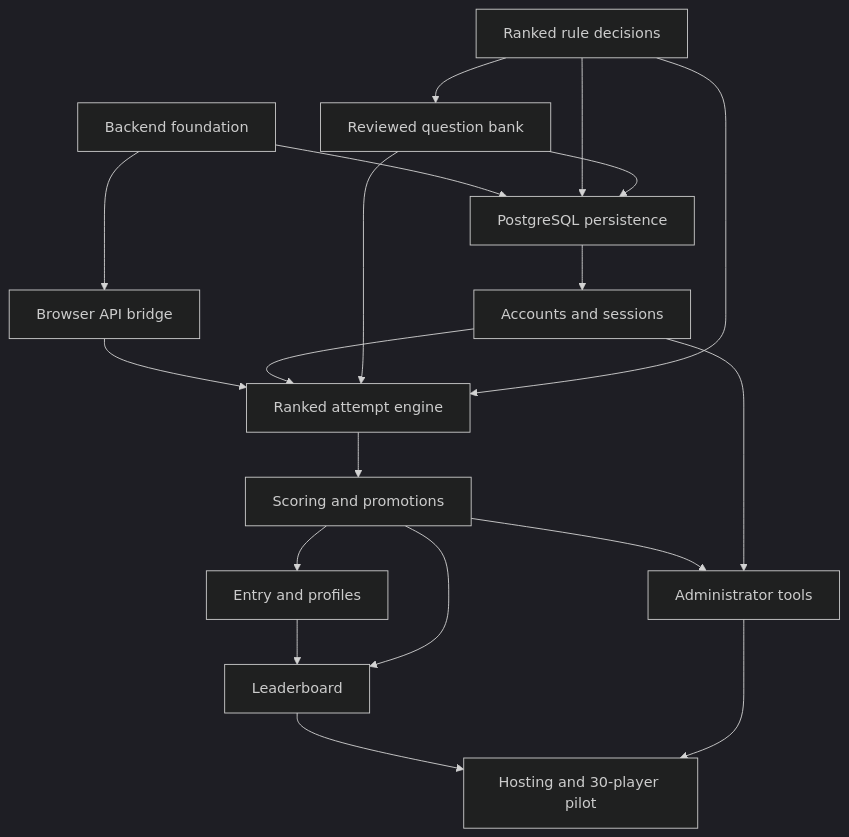
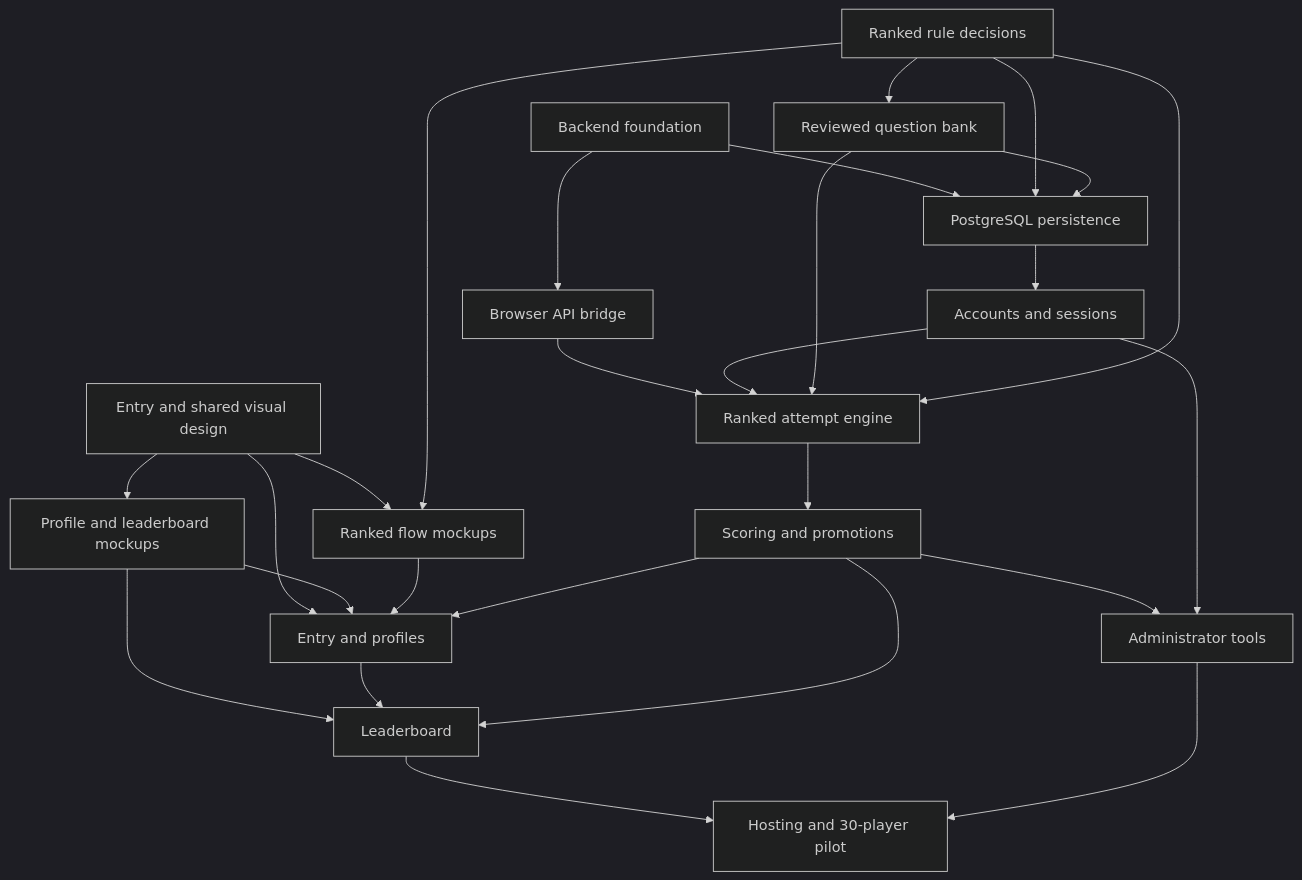
The diagram in docs/superpowers/plans/2026-11-06-ranked-roadmap.md (renilsonjr/Sort-Tester-Live), drawn with Mermaid (dark theme) before and after one commit. The commit also changed other lines of this file, not shown here.

First line of the commit message:
Add collaborative app design issues to the development roadmap (#18)

````diff
--- a/docs/superpowers/plans/2026-11-06-ranked-roadmap.md
+++ b/docs/superpowers/plans/2026-11-06-ranked-roadmap.md
@@ -34,21 +44,28 @@
 ```mermaid
 flowchart TD
+    V[Entry and shared visual design] --> VP[Profile and leaderboard mockups]
+    V --> VR[Ranked flow mockups]
+    R --> VR
+    V --> U
+    VP --> U
+    VR --> U
+    VP --> L
     F[Backend foundation] --> B[Browser API bridge]
     R[Ranked rule decisions] --> Q[Reviewed question bank]
     F --> D[PostgreSQL persistence]
     R --> D
     Q --> D
     D --> A[Accounts and sessions]
     B --> E[Ranked attempt engine]
     A --> E
     Q --> E
     R --> E
     E --> S[Scoring and promotions]
     S --> U[Entry and profiles]
     S --> M[Administrator tools]
     A --> M
     U --> L[Leaderboard]
     S --> L
     L --> P[Hosting and 30-player pilot]
     M --> P
 ```
````
